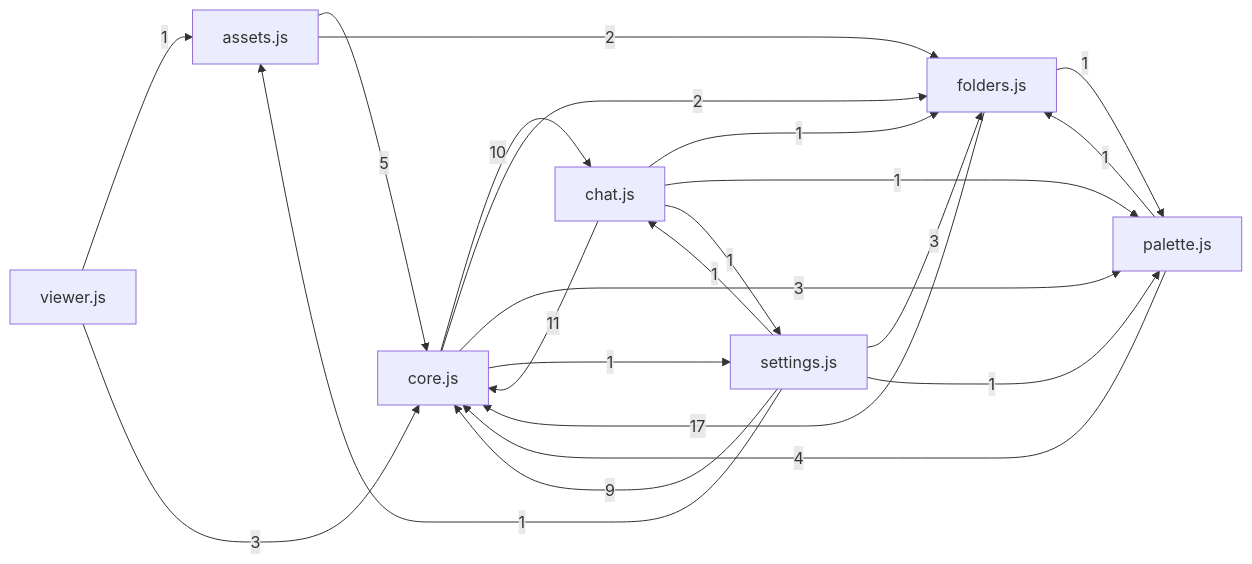
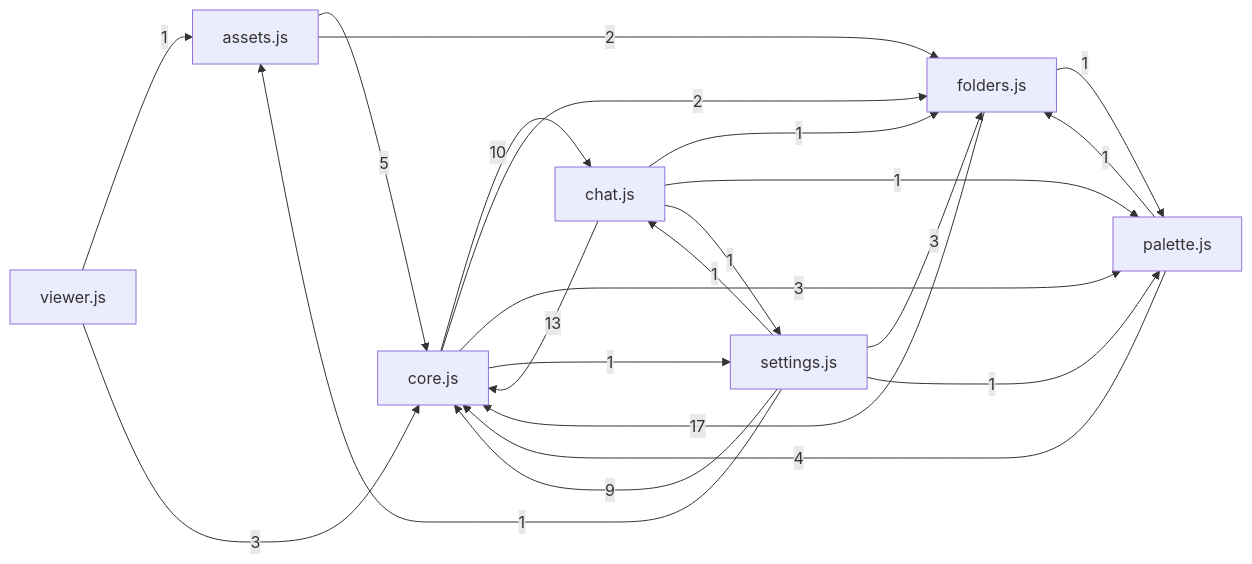
One commit to Zenginby/kromis changed the diagram in docs/graflar/onyuz.md. Above: the diagram before and after it, drawn with Mermaid. The commit also changed other lines of this file and 21 other files, not shown here.

````diff
--- a/docs/graflar/onyuz.md
+++ b/docs/graflar/onyuz.md
@@ -23,24 +23,24 @@
 ```mermaid
 flowchart LR
   n_assets_js["assets.js"] -->|5| n_core_js["core.js"]
   n_assets_js["assets.js"] -->|2| n_folders_js["folders.js"]
-  n_chat_js["chat.js"] -->|11| n_core_js["core.js"]
+  n_chat_js["chat.js"] -->|13| n_core_js["core.js"]
   n_chat_js["chat.js"] -->|1| n_folders_js["folders.js"]
   n_chat_js["chat.js"] -->|1| n_palette_js["palette.js"]
   n_chat_js["chat.js"] -->|1| n_settings_js["settings.js"]
   n_core_js["core.js"] -->|10| n_chat_js["chat.js"]
   n_core_js["core.js"] -->|2| n_folders_js["folders.js"]
   n_core_js["core.js"] -->|3| n_palette_js["palette.js"]
   n_core_js["core.js"] -->|1| n_settings_js["settings.js"]
   n_folders_js["folders.js"] -->|17| n_core_js["core.js"]
   n_folders_js["folders.js"] -->|1| n_palette_js["palette.js"]
   n_palette_js["palette.js"] -->|4| n_core_js["core.js"]
   n_palette_js["palette.js"] -->|1| n_folders_js["folders.js"]
   n_settings_js["settings.js"] -->|1| n_assets_js["assets.js"]
   n_settings_js["settings.js"] -->|1| n_chat_js["chat.js"]
   n_settings_js["settings.js"] -->|9| n_core_js["core.js"]
   n_settings_js["settings.js"] -->|3| n_folders_js["folders.js"]
   n_settings_js["settings.js"] -->|1| n_palette_js["palette.js"]
   n_viewer_js["viewer.js"] -->|1| n_assets_js["assets.js"]
   n_viewer_js["viewer.js"] -->|3| n_core_js["core.js"]
 ```
````
